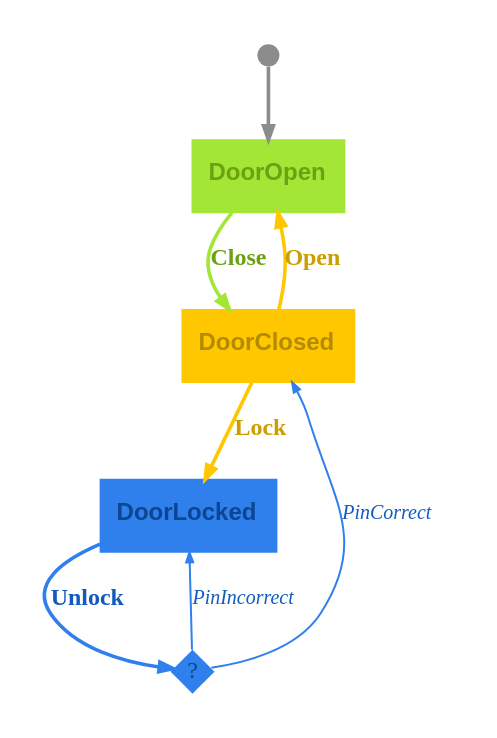
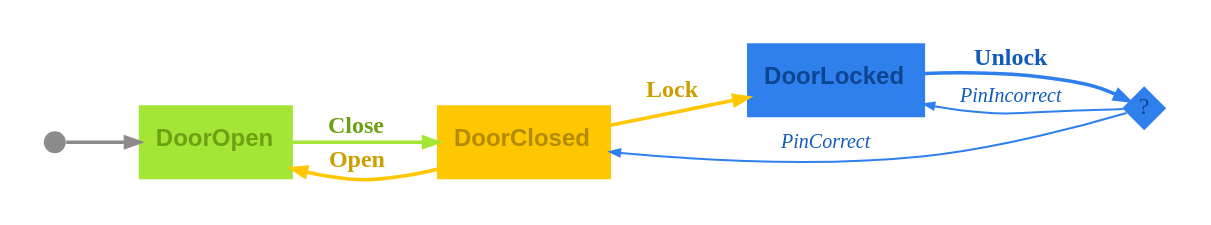
One commit to m-bock/purescript-transit changed the diagram in renders/door-pin-light.dot. Above: the diagram before and after it, drawn with Graphviz. The commit also changed 32 other files, not shown here.

Commit message:
Refactor Graphviz integration across examples and documentation; update state diagram generation to utilize new Graphviz functions, enhance README for clarity, and improve links in tutorial examples for Door, DoorPin, and Bridges of Königsberg.

```diff
--- a/renders/door-pin-light.dot
+++ b/renders/door-pin-light.dot
@@ -1,16 +1,16 @@
 digraph 
 {
-rankdir = "TD";fontname = "Arial";labelloc = "t";fontsize = 12;bgcolor = "#ffffff";color = "#000000";fontcolor = "#000000";pad = 0.2
+rankdir = "TD";fontname = "Arial";labelloc = "t";fontsize = 12;bgcolor = "#ffffff";color = "#000000";fontcolor = "#000000";pad = 0.2;rankdir = "LR"
 DoorOpen [shape = "box", label = <<b>DoorOpen</b>>, fontsize = 12, style = "filled", fillcolor = "#a3e635", fontcolor = "#6ca114", color = "#a3e635", fontname = "Arial", labelloc = "c", penwidth = 1.0]
 __Start__ [shape = "circle", label = "", width = 0.15, height = 0.15, fixedsize = true, style = "filled", fillcolor = "#8c8c8c", penwidth = 0.0]
 __Start__ -> DoorOpen [color = "#8c8c8c", fontsize = 12, arrowsize = "0.7", penwidth = 1.8]
 DoorOpen -> DoorClosed [color = "#a3e635", fontcolor = "#6ca114", fontsize = 12, arrowsize = "0.7", label = <<b>Close</b>>, penwidth = 1.8]
 DoorClosed [shape = "box", label = <<b>DoorClosed</b>>, fontsize = 12, style = "filled", fillcolor = "#ffc700", fontcolor = "#b38b00", color = "#ffc700", fontname = "Arial", labelloc = "c", penwidth = 1.0]
 DoorClosed -> DoorOpen [color = "#ffc700", fontcolor = "#cc9f00", fontsize = 12, arrowsize = "0.7", label = <<b>Open</b>>, penwidth = 1.8]
 DoorClosed -> DoorLocked [color = "#ffc700", fontcolor = "#cc9f00", fontsize = 12, arrowsize = "0.7", label = <<b>Lock</b>>, penwidth = 1.8]
 DoorLocked [shape = "box", label = <<b>DoorLocked</b>>, fontsize = 12, style = "filled", fillcolor = "#2f80ed", fontcolor = "#0c4590", color = "#2f80ed", fontname = "Arial", labelloc = "c", penwidth = 1.0]
 decision_DoorLocked_Unlock [shape = "diamond", label = "?", fontsize = 12, fontcolor = "#0c4590", style = "filled", fillcolor = "#2f80ed", penwidth = 0.0, fixedsize = true, width = 0.3, height = 0.3]
 DoorLocked -> decision_DoorLocked_Unlock [color = "#2f80ed", fontcolor = "#115bbf", fontsize = 12, arrowsize = "0.7", label = <<b>Unlock</b>>, penwidth = 1.8]
 decision_DoorLocked_Unlock -> DoorLocked [color = "#2f80ed", fontcolor = "#115bbf", fontsize = 10, arrowsize = "0.5", label = <<i>PinIncorrect</i>>, penwidth = 1.0]
 decision_DoorLocked_Unlock -> DoorClosed [color = "#2f80ed", fontcolor = "#115bbf", fontsize = 10, arrowsize = "0.5", label = <<i>PinCorrect</i>>, penwidth = 1.0]
 }
```
